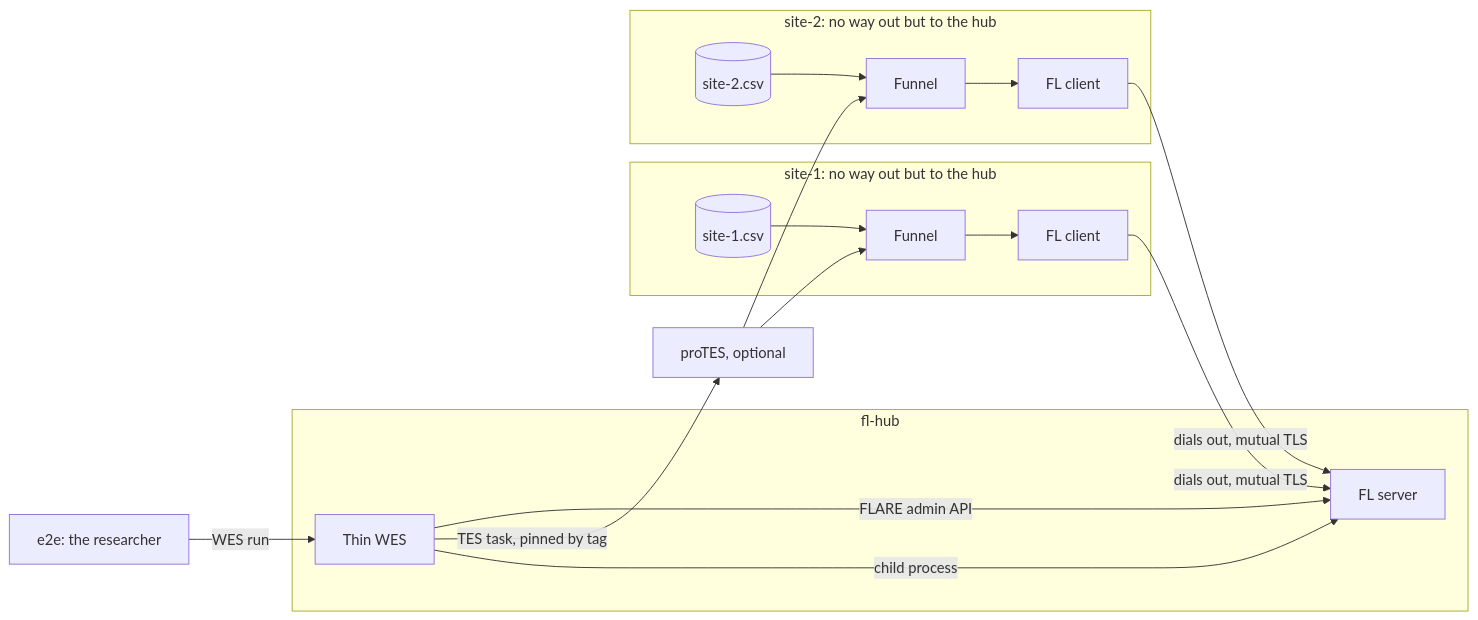
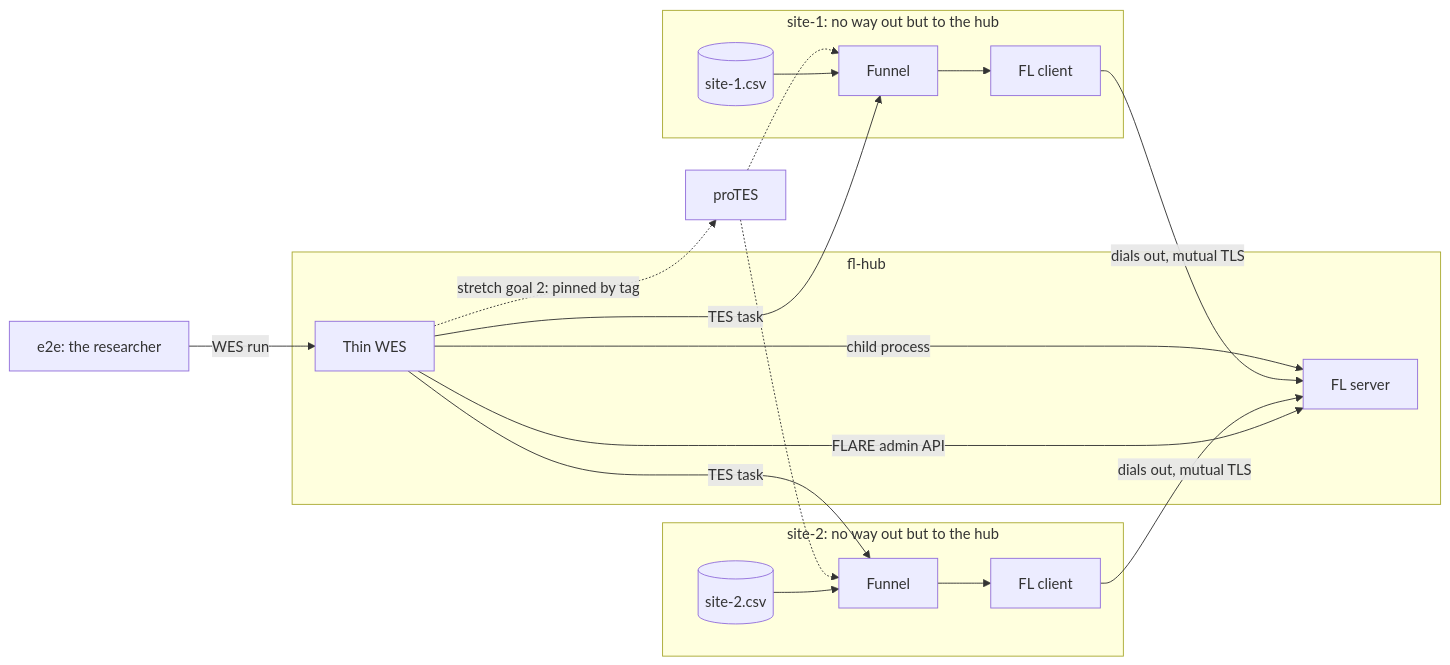
One commit to elixir-cloud-aai/nvflare-wes-testbed changed the diagram in docs/testbed/design.md. Above: the diagram before and after it, drawn with Mermaid. The commit also changed other lines of this file and 11 other files, not shown here.

````diff
--- a/docs/testbed/design.md
+++ b/docs/testbed/design.md
@@ -5,21 +5,23 @@
 ```mermaid
 flowchart LR
     U[e2e: the researcher] -- "WES run" --> W
     subgraph hub [fl-hub]
       W[Thin WES] -- "child process" --> S[FL server]
     end
-    W -- "TES task, pinned by tag" --> P[proTES, optional]
-    P --> F1
-    P --> F2
+    W -- "TES task" --> F1
+    W -- "TES task" --> F2
+    W -. "stretch goal 2: pinned by tag" .-> P[proTES]
+    P -.-> F1
+    P -.-> F2
     subgraph s1 [site-1: no way out but to the hub]
       F1[Funnel] --> C1[FL client]
       D1[(site-1.csv)] --> F1
     end
     subgraph s2 [site-2: no way out but to the hub]
       F2[Funnel] --> C2[FL client]
       D2[(site-2.csv)] --> F2
     end
     C1 -- "dials out, mutual TLS" --> S
     C2 -- "dials out, mutual TLS" --> S
     W -- "FLARE admin API" --> S
 ```
````
